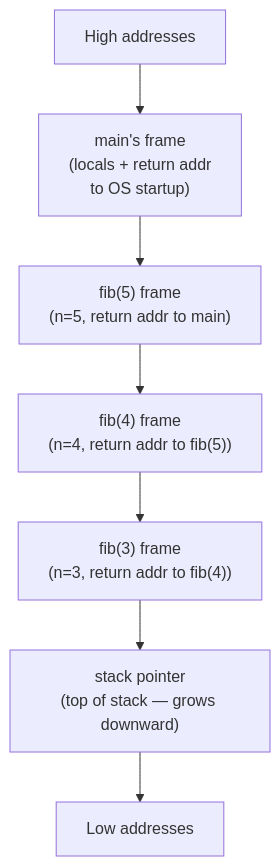
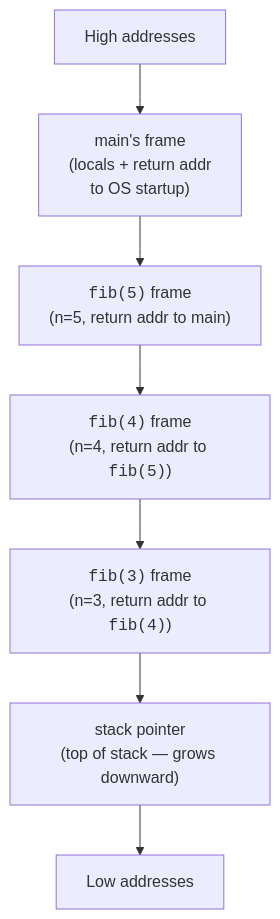
One commit to dataslope/dataslope changed the diagram in content/learn/systems-programming-c/stack-and-functions.mdx. Above: the diagram before and after it, drawn with Mermaid. The commit also changed 153 other files, not shown here.

First line of the commit message:
Render code-only mermaid shapes in monospace; convert step sequences to Steps

````diff
--- a/content/learn/systems-programming-c/stack-and-functions.mdx
+++ b/content/learn/systems-programming-c/stack-and-functions.mdx
@@ -27,10 +27,10 @@
 ```mermaid
 flowchart TB
     A["High addresses"]
     A --> F3["main's frame<br/>(locals + return addr<br/>to OS startup)"]
-    F3 --> F2["fib(5) frame<br/>(n=5, return addr to main)"]
-    F2 --> F1["fib(4) frame<br/>(n=4, return addr to fib(5))"]
-    F1 --> F0["fib(3) frame<br/>(n=3, return addr to fib(4))"]
+    F3 --> F2["<code>fib(5)</code> frame<br/>(n=5, return addr to main)"]
+    F2 --> F1["<code>fib(4)</code> frame<br/>(n=4, return addr to <code>fib(5)</code>)"]
+    F1 --> F0["<code>fib(3)</code> frame<br/>(n=3, return addr to <code>fib(4)</code>)"]
     F0 --> SP["stack pointer<br/>(top of stack — grows downward)"]
     SP --> Z["Low addresses"]
 ```
````
